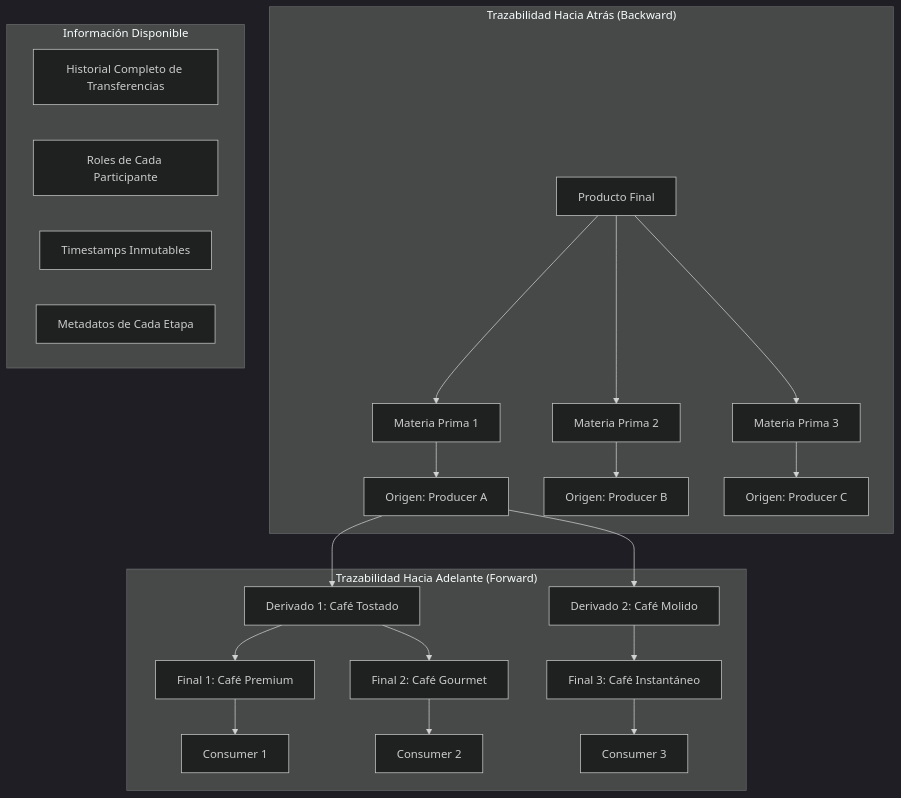
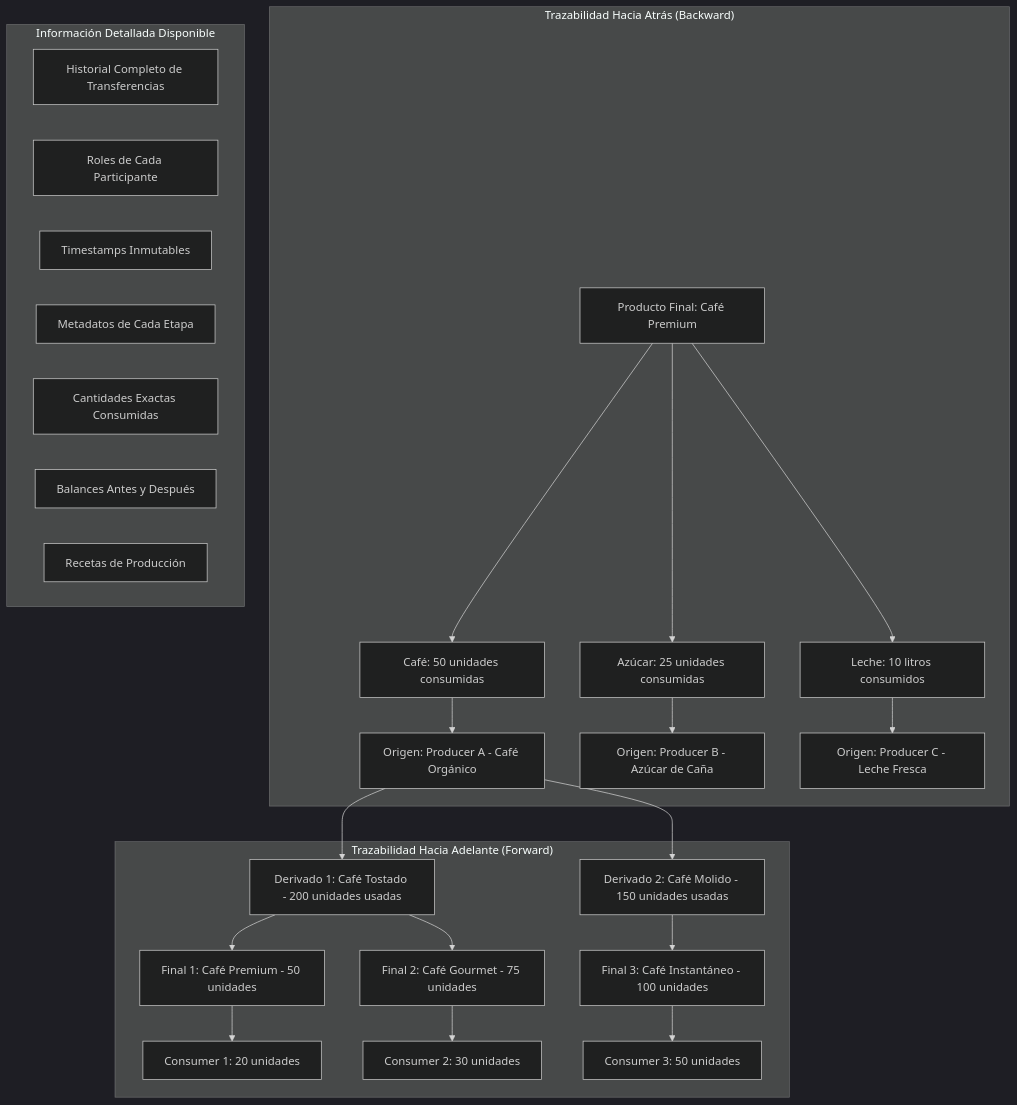
One commit to risuiar/supply-chain-tracker changed the fourth of 5 diagrams in README.md. Above: the diagram before and after it, drawn with Mermaid (dark theme). The commit also changed other lines of this file and 16 other files, not shown here.

````diff
--- a/README.md
+++ b/README.md
@@ -167,33 +181,36 @@
 ```mermaid
 graph TD
     subgraph "Trazabilidad Hacia Atrás (Backward)"
-        P1[Producto Final] --> M1[Materia Prima 1]
-        P1 --> M2[Materia Prima 2]
-        P1 --> M3[Materia Prima 3]
+        P1[Producto Final: Café Premium] --> M1[Café: 50 unidades consumidas]
+        P1 --> M2[Azúcar: 25 unidades consumidas]
+        P1 --> M3[Leche: 10 litros consumidos]
         
-        M1 --> O1[Origen: Producer A]
-        M2 --> O2[Origen: Producer B]
-        M3 --> O3[Origen: Producer C]
+        M1 --> O1[Origen: Producer A - Café Orgánico]
+        M2 --> O2[Origen: Producer B - Azúcar de Caña]
+        M3 --> O3[Origen: Producer C - Leche Fresca]
     end
     
     subgraph "Trazabilidad Hacia Adelante (Forward)"
-        O1 --> D1[Derivado 1: Café Tostado]
-        O1 --> D2[Derivado 2: Café Molido]
+        O1 --> D1[Derivado 1: Café Tostado - 200 unidades usadas]
+        O1 --> D2[Derivado 2: Café Molido - 150 unidades usadas]
         
-        D1 --> F1[Final 1: Café Premium]
-        D1 --> F2[Final 2: Café Gourmet]
-        D2 --> F3[Final 3: Café Instantáneo]
+        D1 --> F1[Final 1: Café Premium - 50 unidades]
+        D1 --> F2[Final 2: Café Gourmet - 75 unidades]
+        D2 --> F3[Final 3: Café Instantáneo - 100 unidades]
         
-        F1 --> C1[Consumer 1]
-        F2 --> C2[Consumer 2]
-        F3 --> C3[Consumer 3]
+        F1 --> C1[Consumer 1: 20 unidades]
+        F2 --> C2[Consumer 2: 30 unidades]
+        F3 --> C3[Consumer 3: 50 unidades]
     end
     
-    subgraph "Información Disponible"
+    subgraph "Información Detallada Disponible"
         I1[Historial Completo de Transferencias]
         I2[Roles de Cada Participante]
         I3[Timestamps Inmutables]
         I4[Metadatos de Cada Etapa]
+        I5[Cantidades Exactas Consumidas]
+        I6[Balances Antes y Después]
+        I7[Recetas de Producción]
     end
     
 ```
````
